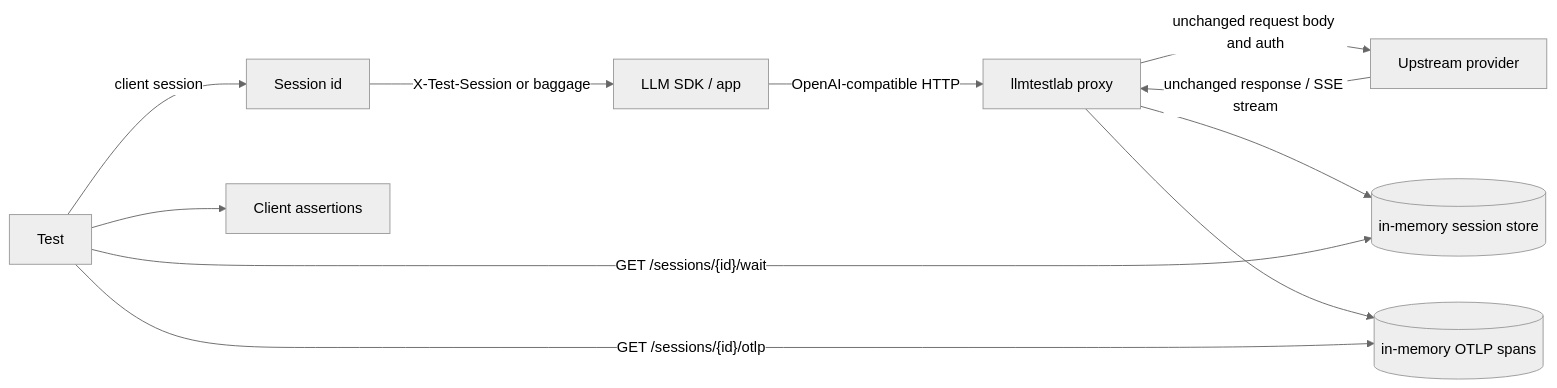
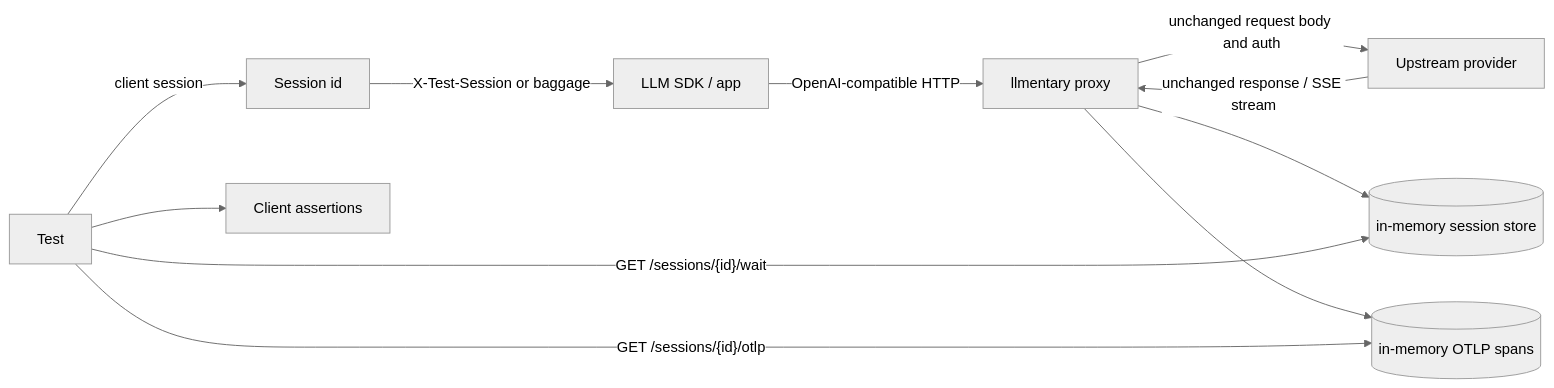
One commit to barzoj-co/llmentary changed the diagram in README.md. Above: the diagram before and after it, drawn with Mermaid (neutral theme). The commit also changed other lines of this file and 77 other files, not shown here.

````diff
--- a/README.md
+++ b/README.md
@@ -119,13 +121,13 @@
 ```mermaid
 flowchart LR
     T[Test] -->|"client session"| L["Session id"]
     L -->|"X-Test-Session or baggage"| SDK["LLM SDK / app"]
-    SDK -->|"OpenAI-compatible HTTP"| P["llmtestlab proxy"]
+    SDK -->|"OpenAI-compatible HTTP"| P["llmentary proxy"]
     P -->|"unchanged request body and auth"| U["Upstream provider"]
     U -->|"unchanged response / SSE stream"| P
     P --> S[("in-memory session store")]
     P --> O[("in-memory OTLP spans")]
     T -->|"GET /sessions/{id}/wait"| S
     T --> A["Client assertions"]
     T -->|"GET /sessions/{id}/otlp"| O
 ```
````
